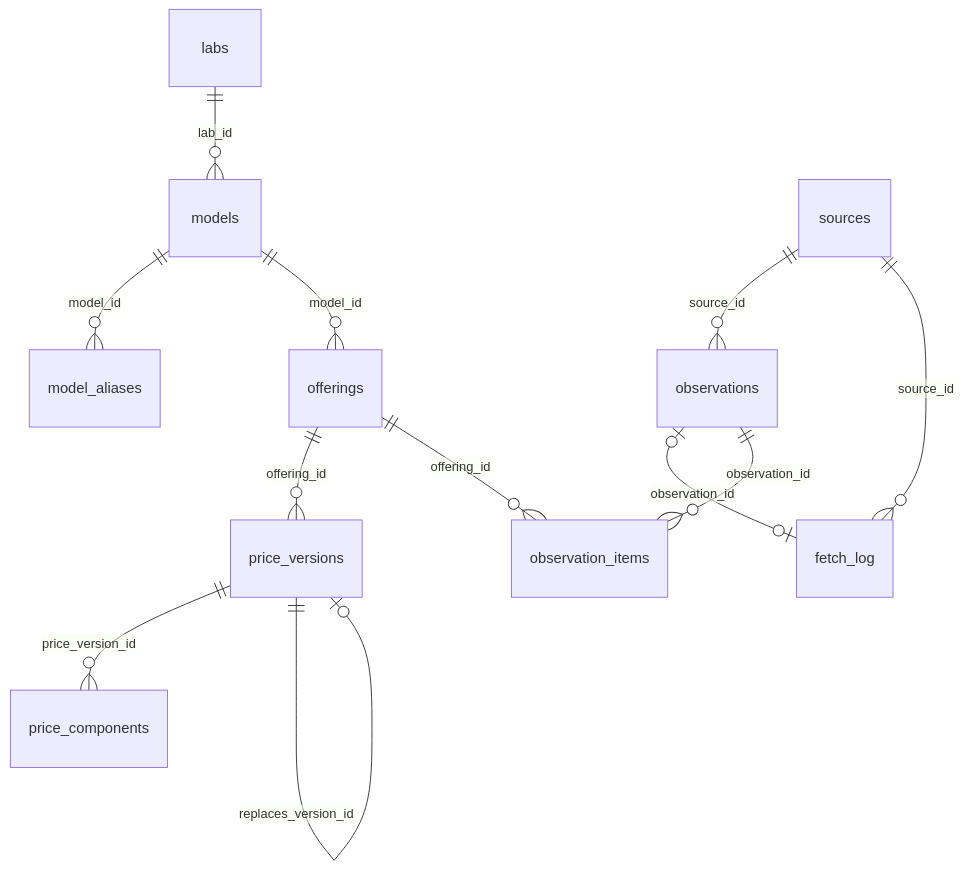
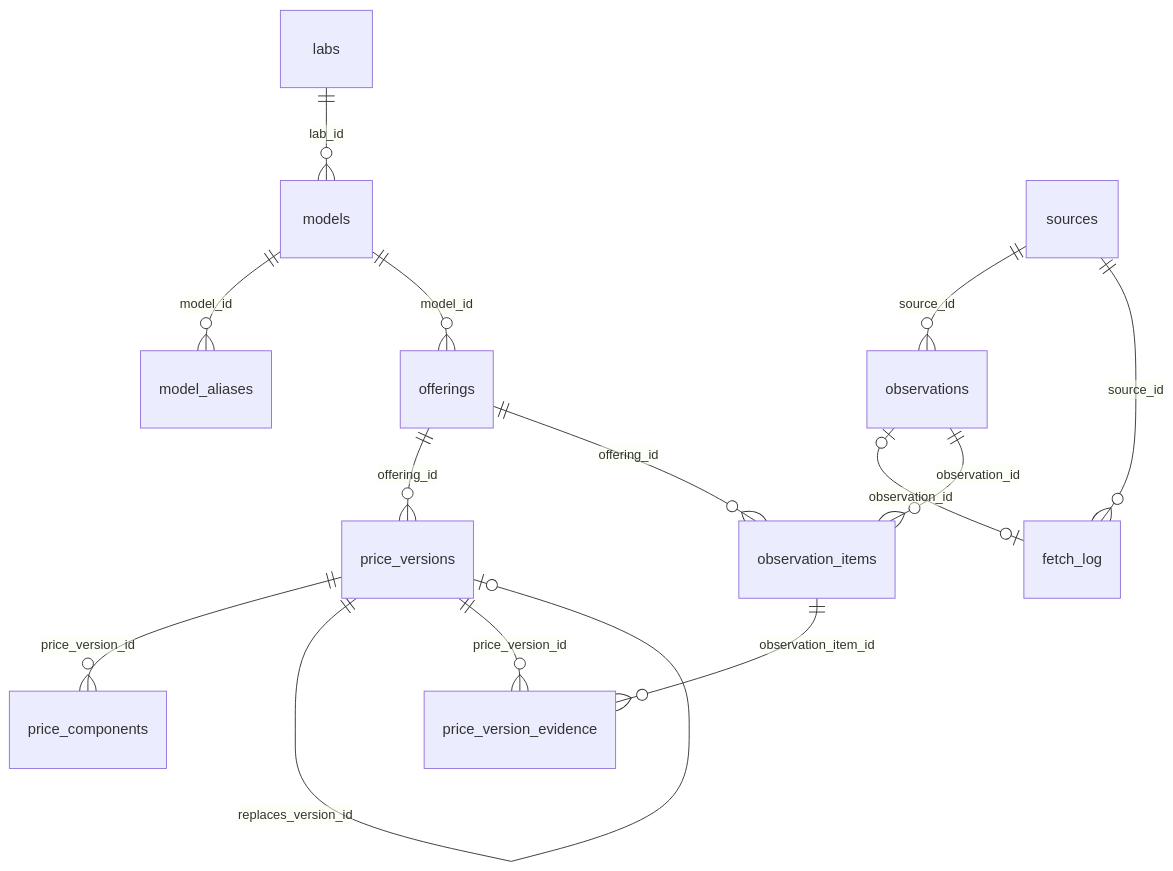
The diagram in docs/price-tables.md (theidlebranch/priceTrail), drawn with Mermaid before and after one commit. The commit also changed other lines of this file and 19 other files, not shown here.

````diff
--- a/docs/price-tables.md
+++ b/docs/price-tables.md
@@ -11,14 +11,16 @@
 ```mermaid
 erDiagram
   labs ||--o{ models : "lab_id"
   models ||--o{ model_aliases : "model_id"
   models ||--o{ offerings : "model_id"
   offerings ||--o{ price_versions : "offering_id"
   price_versions ||--o{ price_components : "price_version_id"
   price_versions ||--o| price_versions : "replaces_version_id"
+  price_versions ||--o{ price_version_evidence : "price_version_id"
+  observation_items ||--o{ price_version_evidence : "observation_item_id"
   sources ||--o{ observations : "source_id"
   sources ||--o{ fetch_log : "source_id"
   observations |o--o| fetch_log : "observation_id"
   observations ||--o{ observation_items : "observation_id"
   offerings ||--o{ observation_items : "offering_id"
 ```
````
